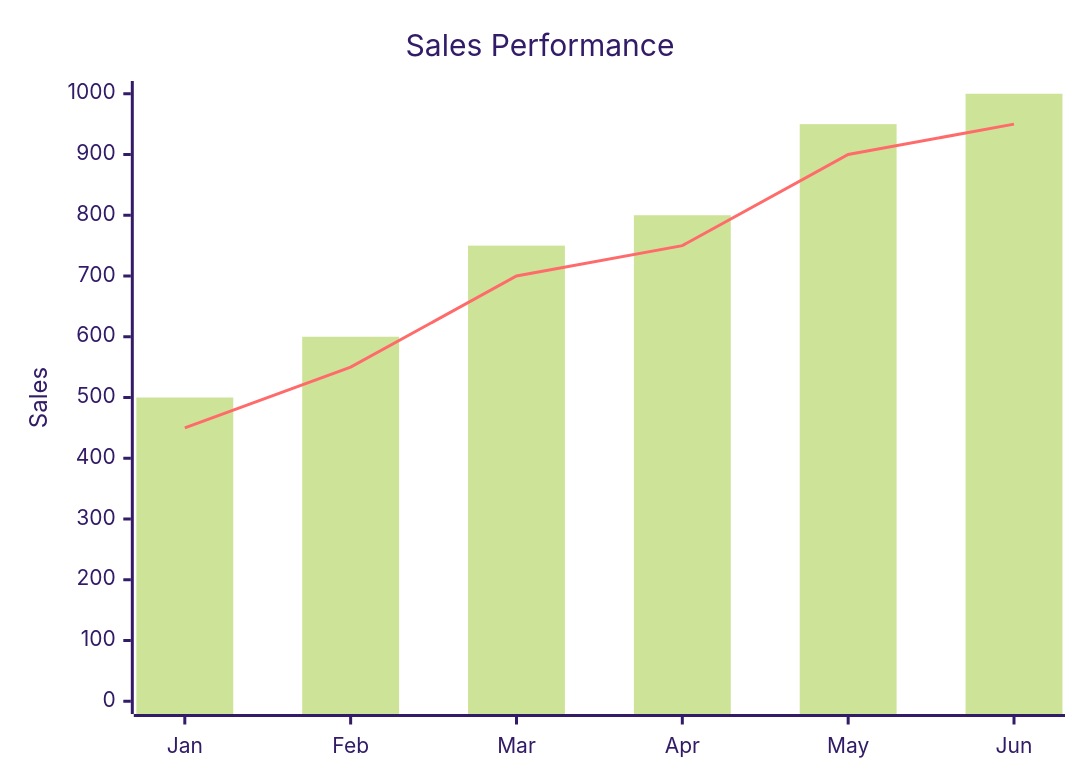
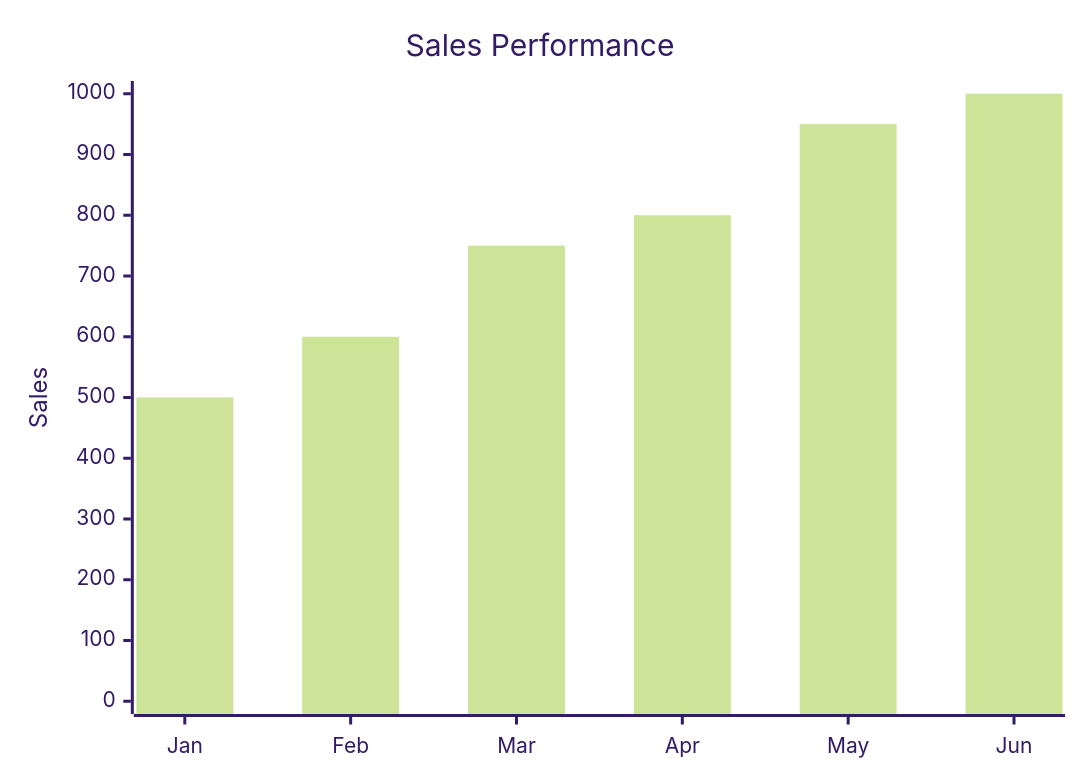
One commit to teachingai/full-stack-skills changed the second of 6 diagrams in skills/mermaid/examples/xychart.md. Above: the diagram before and after it, drawn with Mermaid (forest theme). The commit also changed other lines of this file and 29 other files, not shown here.

First line of the commit message:
docs(mermaid): 更新所有图表类型的文档示例和语法说明

````diff
--- a/skills/mermaid/examples/xychart.md
+++ b/skills/mermaid/examples/xychart.md
@@ -16,8 +33,7 @@
 ```mermaid
-xychart-beta
+xychart
     title "Sales Performance"
     x-axis [Jan, Feb, Mar, Apr, May, Jun]
     y-axis "Sales" 0 --> 1000
     bar [500, 600, 750, 800, 950, 1000]
-    line [450, 550, 700, 750, 900, 950]
 ```
````
